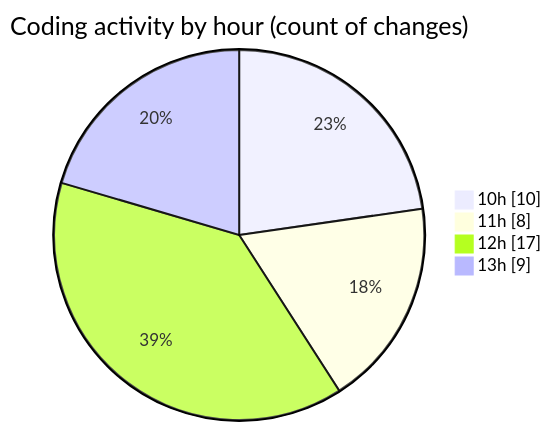
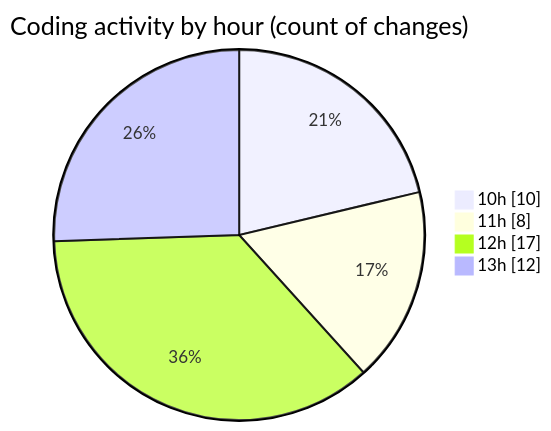
One commit to momahboobian/code-tracking changed the second of 2 diagrams in 2025-12-03/cda/README.md. Above: the diagram before and after it, drawn with Mermaid. The commit also changed other lines of this file and 1 other file, not shown here.

````diff
--- a/2025-12-03/cda/README.md
+++ b/2025-12-03/cda/README.md
@@ -42,8 +42,8 @@
 ```mermaid
 pie showData
 title Coding activity by hour (count of changes)
 "10h" : 10
 "11h" : 8
 "12h" : 17
-"13h" : 9
+"13h" : 12
 ```
````
